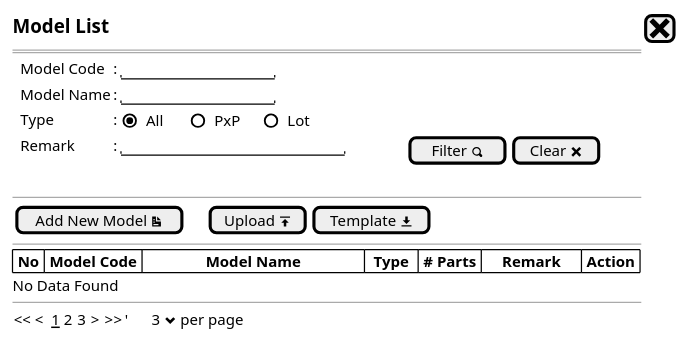
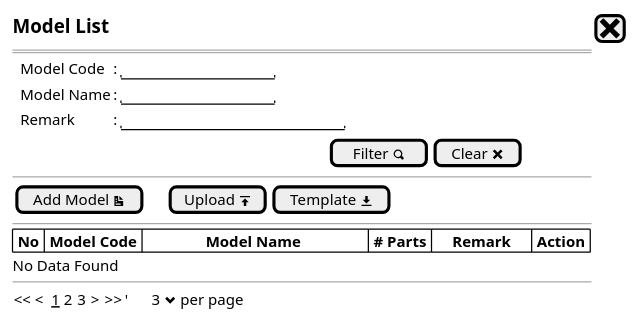
Before and after one commit to ari-fikri/packing-cost-mockup: the diagram in Model/model - newstep0.puml, drawn with PlantUML. The commit also changed 5 other files, not shown here.

Commit message:
- Change Model structure - Remove some fields - Add type lot/pxp into part

```diff
--- a/Model/model - newstep0.puml
+++ b/Model/model - newstep0.puml
@@ -1,27 +1,26 @@
 @startsalt
 {
   <size:15><b>Model List |[<size:25><&x>]|*
   ==
   {
     .|Model Code        |: |"               "|*
     .|Model Name        |: |"               "|*
-    .|Type              |: {(X)All      |()PxP     |   ()Lot  }*
-    .|Remark            |: |"                      "|              |[Filter <&magnifying-glass>]| [Clear <&x>]|*
+    .|Remark            |: |"                      "|*
   }
-  .
+  {|                                                                                |[Filter <&magnifying-glass>]|[Clear <&x>]|}
   --
   {
-  [Add New Model <&document>]|.|.|.|[Upload <&data-transfer-upload>]| [Template <&data-transfer-download>]|* 
+  [Add Model <&document>]|.|.|.|[Upload <&data-transfer-upload>]| [Template <&data-transfer-download>]|* 
   }
   --
   {#
-   | <b>No | <b>Model Code |                <b>Model Name                |  <b>Type  | <b># Parts |<b>     Remark     |<b> Action |*|*|*
+   | <b>No | <b>Model Code |                <b>Model Name                 | <b># Parts |<b>     Remark     |<b> Action |*|*|*
   }
   No Data Found
   --
   {
   << <  __1__ 2 3  > >>  |'      3 <&chevron-bottom> per page |*
   }
 
 }
 @endsalt
```
